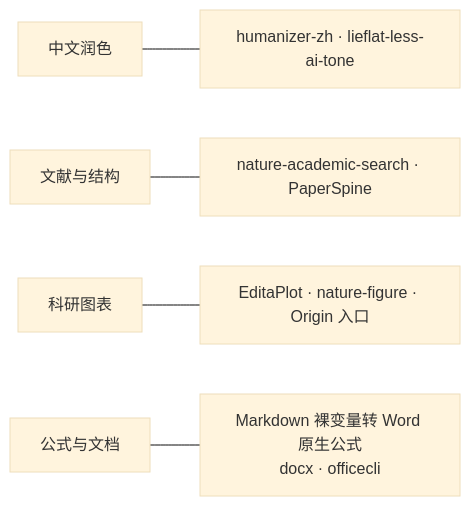
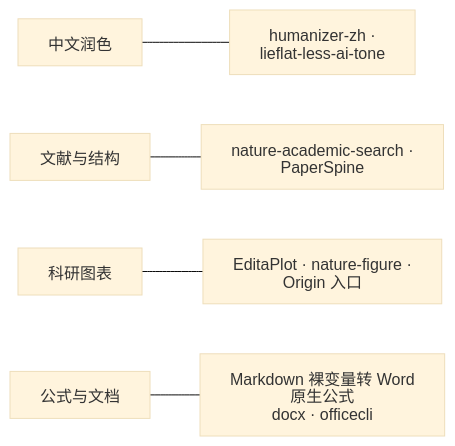
One commit to achnstu/Thesis-collaboration-framework changed the second of 2 diagrams in README.md. Above: the diagram before and after it, drawn with Mermaid (base theme). The commit also changed other lines of this file, not shown here.

First line of the commit message:
fix(readme): prevent clipped diagram labels

````diff
--- a/README.md
+++ b/README.md
@@ -72,7 +73,8 @@
 ```mermaid
+%%{init: {"htmlLabels": false}}%%
 flowchart LR
     A["中文润色"] --- A1["humanizer-zh · lieflat-less-ai-tone"]
     B["文献与结构"] --- B1["nature-academic-search · PaperSpine"]
     C["科研图表"] --- C1["EditaPlot · nature-figure · Origin 入口"]
     D["公式与文档"] --- D1["Markdown 裸变量转 Word 原生公式<br/>docx · officecli"]
 ```
````
